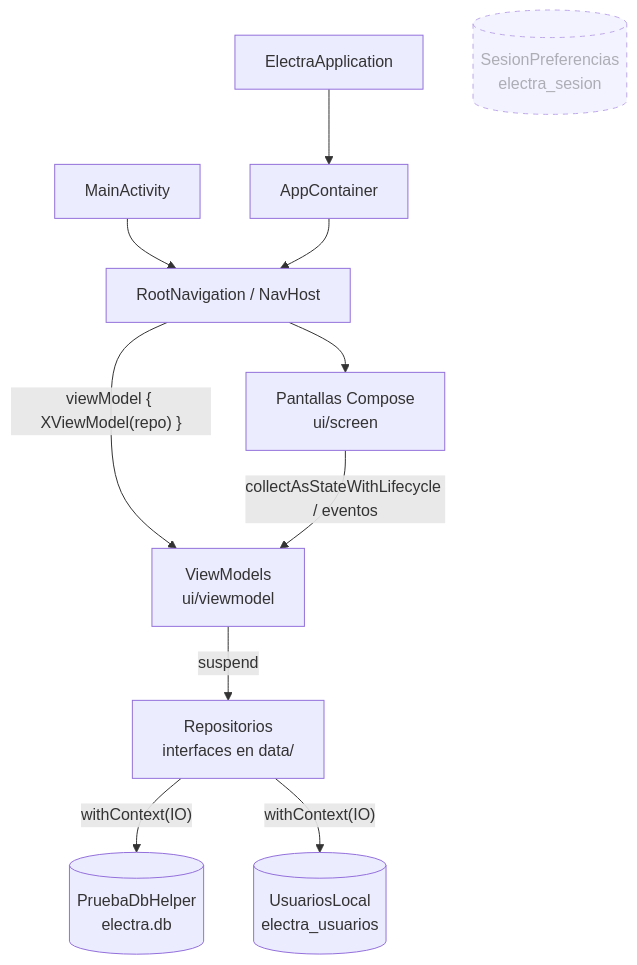
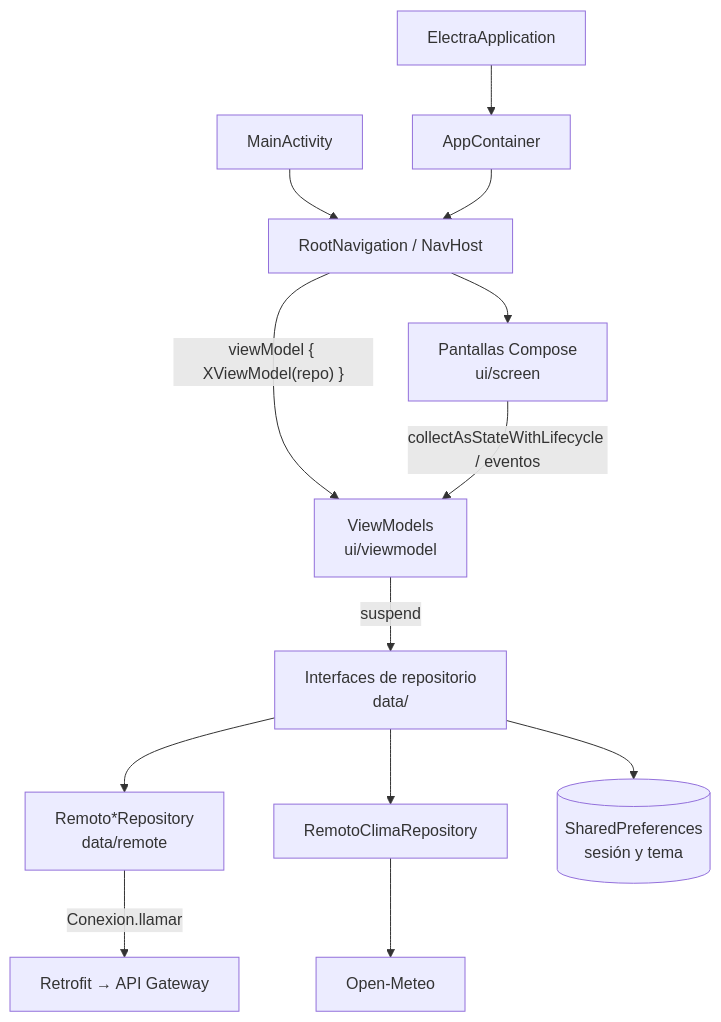
One commit to Simon2853/Electra changed the second of 4 diagrams in ARCHITECTURE.md. Above: the diagram before and after it, drawn with Mermaid. The commit also changed other lines of this file and 2 other files, not shown here.

Commit message:
feat: actualizar la documentación de la app a los microservicios, Retrofit, Open-Meteo, Splash y pruebas unitarias

````diff
--- a/ARCHITECTURE.md
+++ b/ARCHITECTURE.md
@@ -62,14 +96,14 @@
 ```mermaid
 flowchart TD
     APP[ElectraApplication] --> AC[AppContainer]
     MA[MainActivity] --> NAV[RootNavigation / NavHost]
     AC --> NAV
     NAV -- "viewModel { XViewModel(repo) }" --> VM[ViewModels<br/>ui/viewmodel]
     NAV --> S[Pantallas Compose<br/>ui/screen]
     S -- "collectAsStateWithLifecycle / eventos" --> VM
-    VM -- suspend --> R[Repositorios<br/>interfaces en data/]
-    R -- "withContext(IO)" --> DB[(PruebaDbHelper<br/>electra.db)]
-    R -- "withContext(IO)" --> UP[(UsuariosLocal<br/>electra_usuarios)]
-    SP[(SesionPreferencias<br/>electra_sesion)]:::unused
-    classDef unused stroke-dasharray: 5 5,opacity:0.6
+    VM -- suspend --> R[Interfaces de repositorio<br/>data/]
+    R --> RR[Remoto*Repository<br/>data/remote]
+    RR -- "Conexion.llamar" --> API[Retrofit → API Gateway]
+    R --> CL[RemotoClimaRepository] --> OM[Open-Meteo]
+    R --> SP[(SharedPreferences<br/>sesión y tema)]
 ```
````
